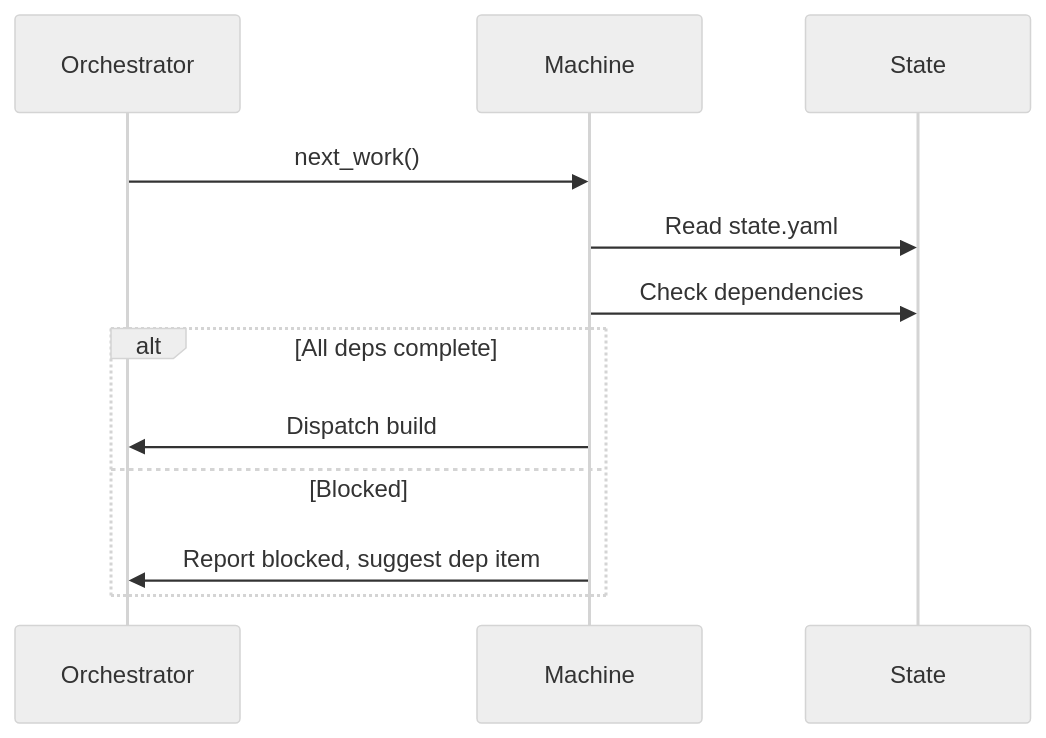
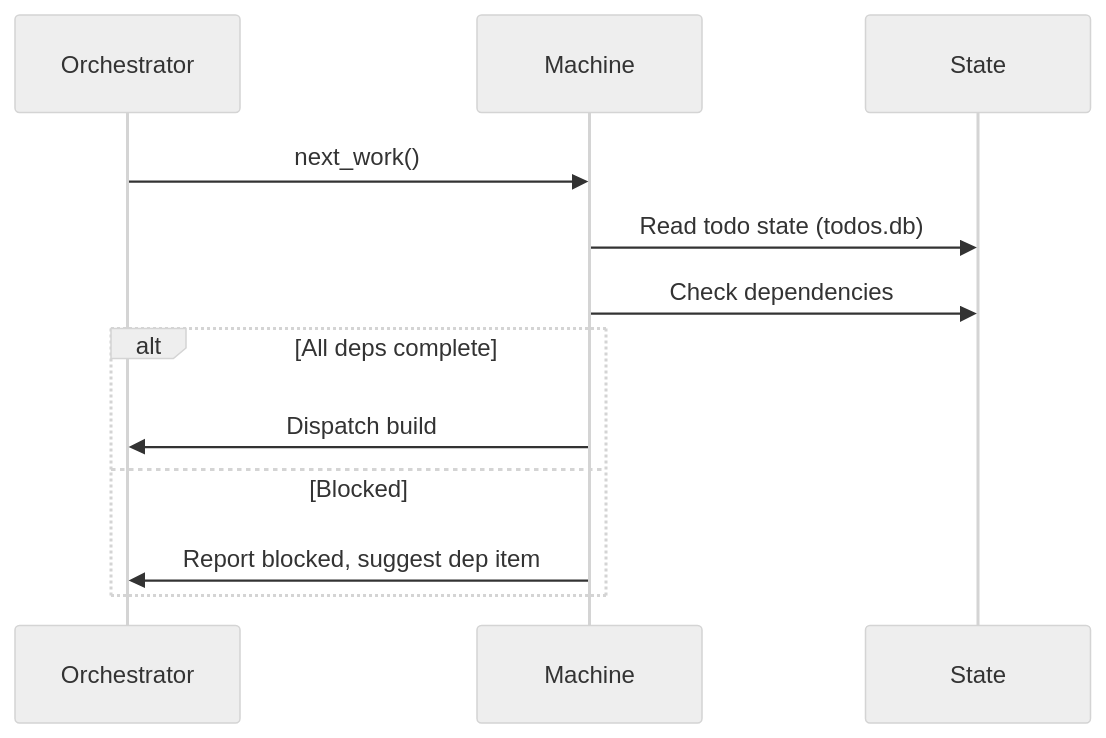
One commit to InstruktAI/TeleClaude changed the fourth of 4 diagrams in docs/project/design/architecture/next-machine.md. Above: the diagram before and after it, drawn with Mermaid (neutral theme). The commit also changed other lines of this file and 33 other files, not shown here.

````diff
--- a/docs/project/design/architecture/next-machine.md
+++ b/docs/project/design/architecture/next-machine.md
@@ -168,15 +168,15 @@
 ```mermaid
 sequenceDiagram
     participant Orchestrator
     participant Machine
     participant State
 
     Orchestrator->>Machine: next_work()
-    Machine->>State: Read state.yaml
+    Machine->>State: Read todo state (todos.db)
     Machine->>State: Check dependencies
     alt All deps complete
         Machine->>Orchestrator: Dispatch build
     else Blocked
         Machine->>Orchestrator: Report blocked, suggest dep item
     end
 ```
````
